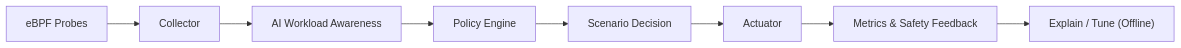
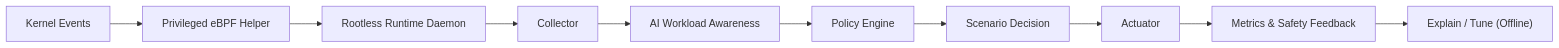
Before and after one commit to GGbod666/AegisAI_Runtime: the diagram in README.md, drawn with Mermaid. The commit also changed other lines of this file and 17 other files, not shown here.

Commit message:
Add privileged eBPF helper ingestion

````diff
--- a/README.md
+++ b/README.md
@@ -96,10 +96,12 @@
 ```mermaid
 flowchart LR
-    A["eBPF Probes"] --> B["Collector"]
-    B --> C["AI Workload Awareness"]
-    C --> D["Policy Engine"]
-    D --> E["Scenario Decision"]
-    E --> F["Actuator"]
-    F --> G["Metrics & Safety Feedback"]
-    G --> H["Explain / Tune (Offline)"]
+    A["Kernel Events"] --> B["Privileged eBPF Helper"]
+    B --> C["Rootless Runtime Daemon"]
+    C --> D["Collector"]
+    D --> E["AI Workload Awareness"]
+    E --> F["Policy Engine"]
+    F --> G["Scenario Decision"]
+    G --> H["Actuator"]
+    H --> I["Metrics & Safety Feedback"]
+    I --> J["Explain / Tune (Offline)"]
 ```
````
